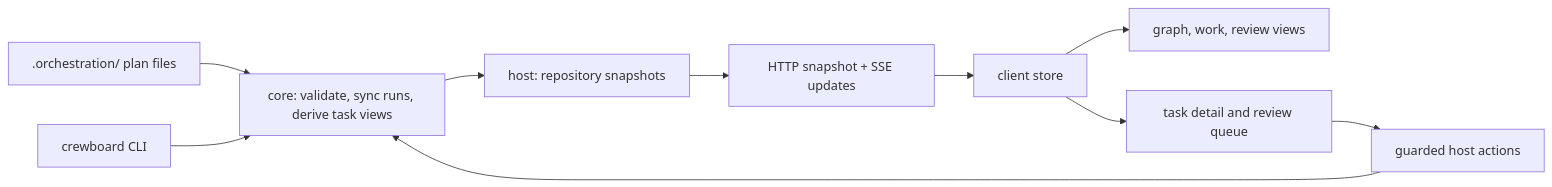
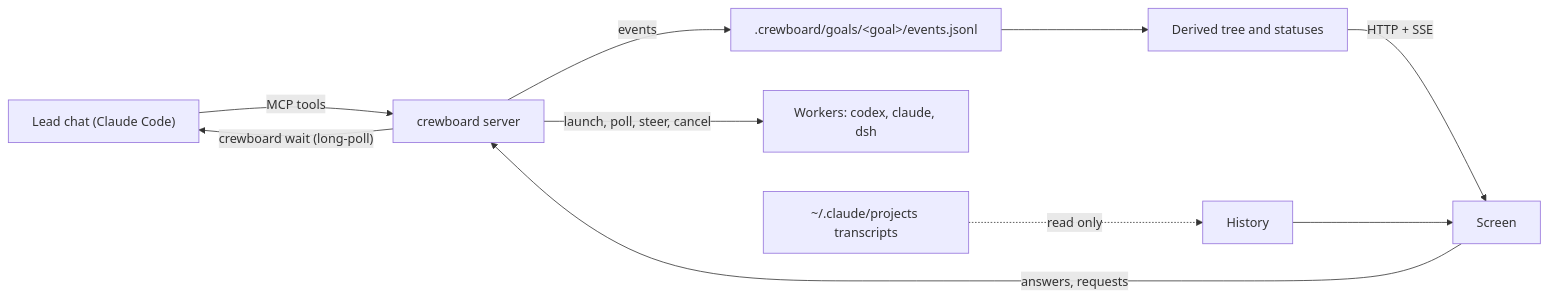
One commit to Kjaly/crewboard changed the diagram in docs/architecture.md. Above: the diagram before and after it, drawn with Mermaid. The commit also changed other lines of this file and 684 other files, not shown here.

````diff
--- a/docs/architecture.md
+++ b/docs/architecture.md
@@ -18,12 +14,12 @@
 ```mermaid
 flowchart LR
-  A[".orchestration/ plan files"] --> B["core: validate, sync runs, derive task views"]
-  B --> C["host: repository snapshots"]
-  C --> D["HTTP snapshot + SSE updates"]
-  D --> E["client store"]
-  E --> F["graph, work, review views"]
-  E --> G["task detail and review queue"]
-  H["crewboard CLI"] --> B
-  G --> I["guarded host actions"]
-  I --> B
+  L["Lead chat (Claude Code)"] -- "MCP tools" --> S["crewboard server"]
+  S -- "events" --> J[".crewboard/goals/&lt;goal&gt;/events.jsonl"]
+  S -- "launch, poll, steer, cancel" --> W["Workers: codex, claude, dsh"]
+  J --> T["Derived tree and statuses"]
+  T -- "HTTP + SSE" --> U["Screen"]
+  U -- "answers, requests" --> S
+  C["~/.claude/projects transcripts"] -. "read only" .-> H["History"]
+  H --> U
+  S -- "crewboard wait (long-poll)" --> L
 ```
````
